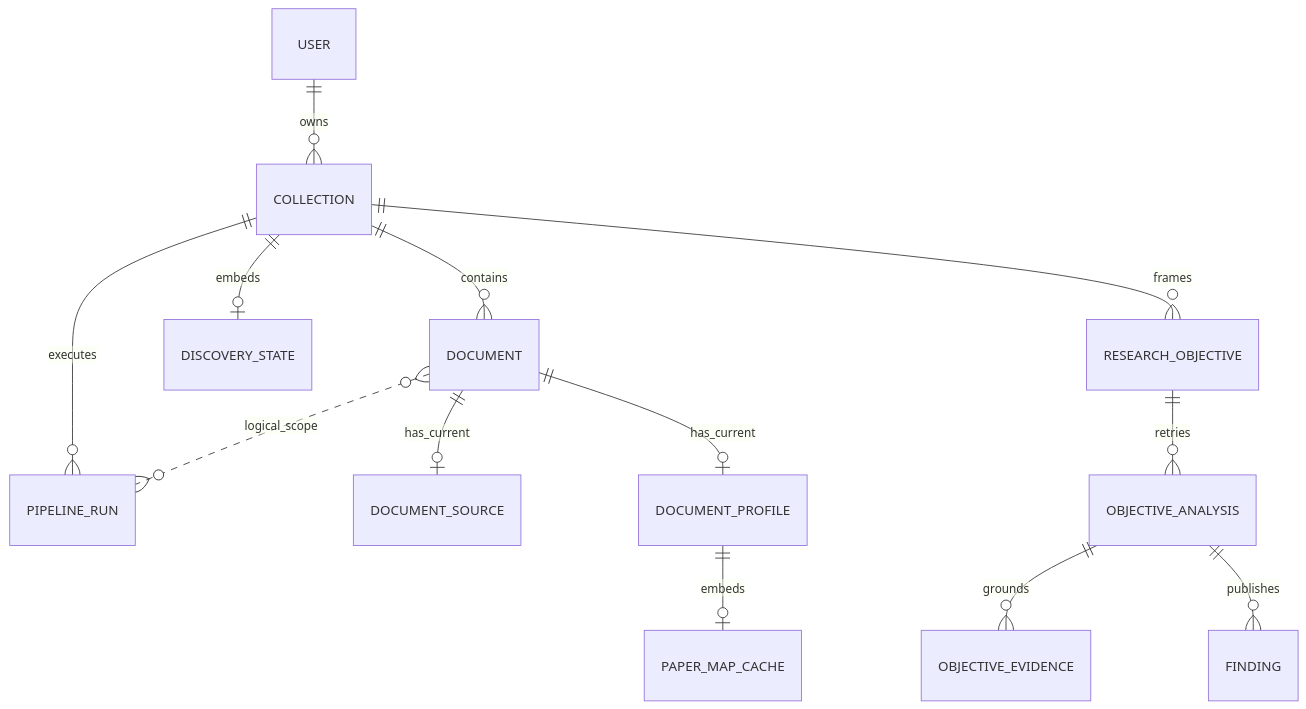
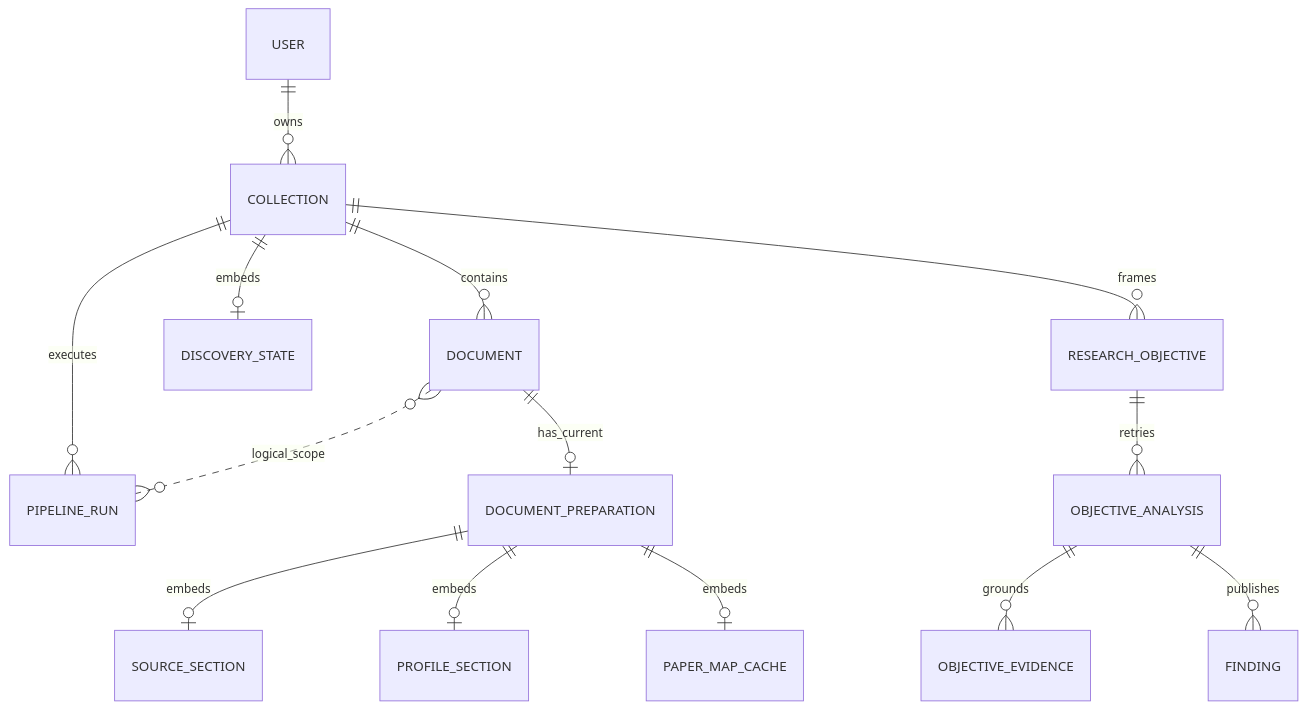
One commit to JeanphiloGong/tsingai-lens changed the diagram in backend/docs/architecture/persistence-model.md. Above: the diagram before and after it, drawn with Mermaid. The commit also changed other lines of this file and 20 other files, not shown here.

First line of the commit message:
refactor(db): merge current document and objective result tables

````diff
--- a/backend/docs/architecture/persistence-model.md
+++ b/backend/docs/architecture/persistence-model.md
@@ -174,15 +174,16 @@
 ```mermaid
 erDiagram
     USER ||--o{ COLLECTION : owns
     COLLECTION ||--o{ DOCUMENT : contains
     COLLECTION ||--o{ PIPELINE_RUN : executes
     DOCUMENT }o..o{ PIPELINE_RUN : logical_scope
-    DOCUMENT ||--o| DOCUMENT_SOURCE : has_current
-    DOCUMENT ||--o| DOCUMENT_PROFILE : has_current
-    DOCUMENT_PROFILE ||--o| PAPER_MAP_CACHE : embeds
+    DOCUMENT ||--o| DOCUMENT_PREPARATION : has_current
+    DOCUMENT_PREPARATION ||--o| SOURCE_SECTION : embeds
+    DOCUMENT_PREPARATION ||--o| PROFILE_SECTION : embeds
+    DOCUMENT_PREPARATION ||--o| PAPER_MAP_CACHE : embeds
     COLLECTION ||--o| DISCOVERY_STATE : embeds
     COLLECTION ||--o{ RESEARCH_OBJECTIVE : frames
     RESEARCH_OBJECTIVE ||--o{ OBJECTIVE_ANALYSIS : retries
     OBJECTIVE_ANALYSIS ||--o{ OBJECTIVE_EVIDENCE : grounds
     OBJECTIVE_ANALYSIS ||--o{ FINDING : publishes
 ```
````
